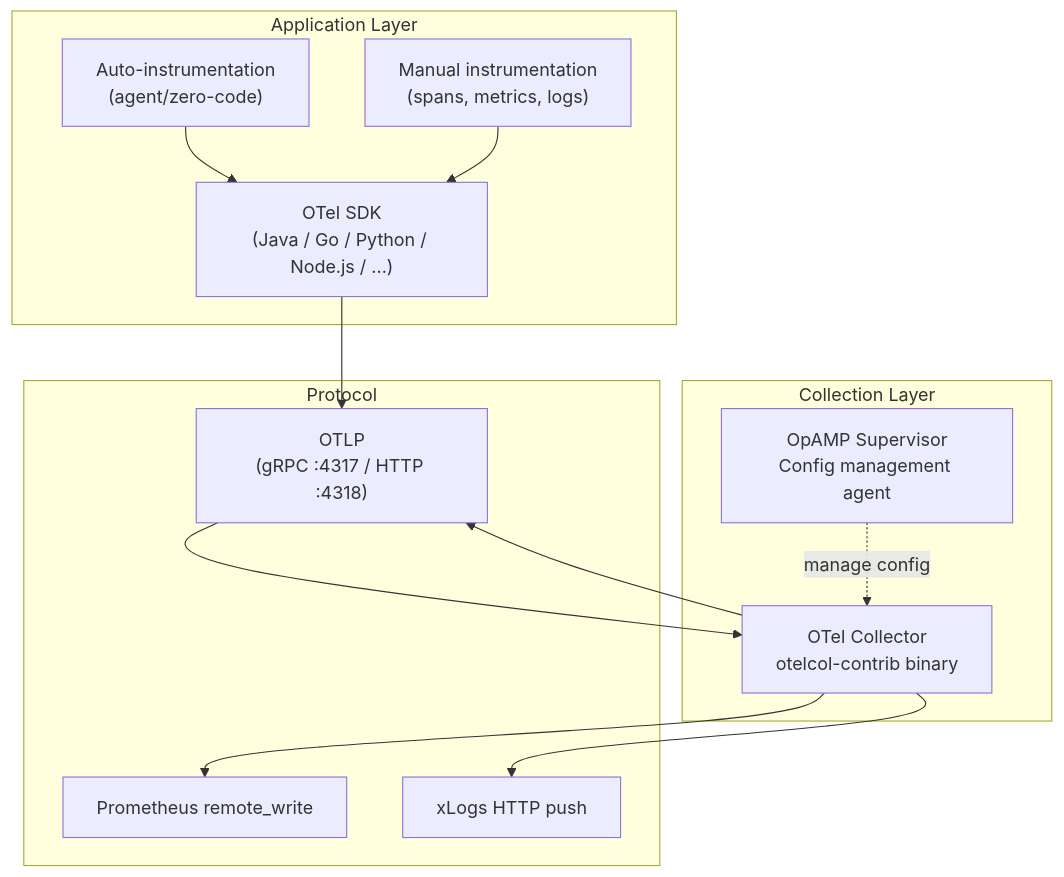
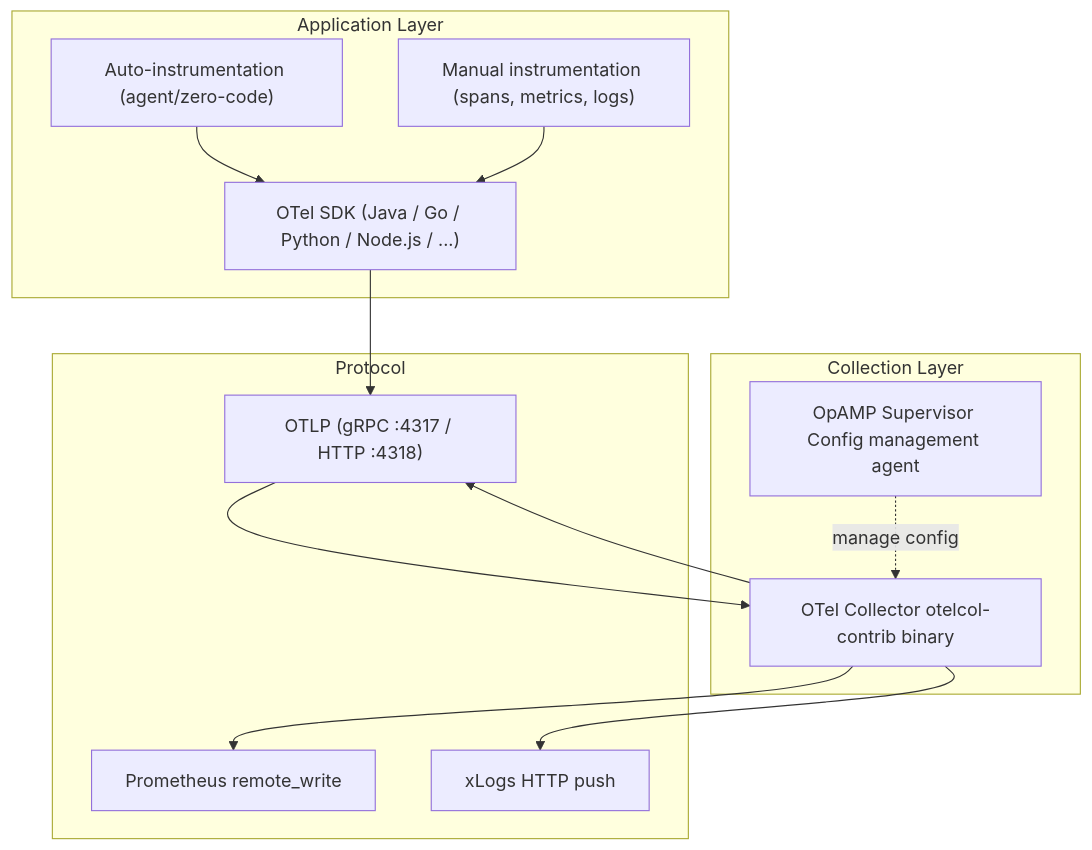
The second of 2 diagrams in docs/session-2/otel-overview.md (xscaler/training), drawn with Mermaid before and after one commit. The commit also changed other lines of this file and 38 other files, not shown here.

First line of the commit message:
Remove internal content, fix Mermaid diagrams, and rewrite labs as customer-facing exercises

````diff
--- a/docs/session-2/otel-overview.md
+++ b/docs/session-2/otel-overview.md
@@ -55,23 +55,23 @@
 ```mermaid
 graph TB
     subgraph "Application Layer"
-        SDK["OTel SDK\n(Java / Go / Python / Node.js / ...)"]
-        AUTO["Auto-instrumentation\n(agent/zero-code)"]
-        MANUAL["Manual instrumentation\n(spans, metrics, logs)"]
+        SDK["OTel SDK (Java / Go / Python / Node.js / ...)"]
+        AUTO["Auto-instrumentation (agent/zero-code)"]
+        MANUAL["Manual instrumentation (spans, metrics, logs)"]
     end
     subgraph "Collection Layer"
-        COL["OTel Collector\notelcol-contrib binary"]
-        SUP["OpAMP Supervisor\nConfig management agent"]
+        COL["OTel Collector otelcol-contrib binary"]
+        SUP["OpAMP Supervisor Config management agent"]
     end
     subgraph "Protocol"
-        OTLP["OTLP\n(gRPC :4317 / HTTP :4318)"]
+        OTLP["OTLP (gRPC :4317 / HTTP :4318)"]
         PRW["Prometheus remote_write"]
         LOKI["xLogs HTTP push"]
     end
 
     SDK --> OTLP
     AUTO & MANUAL --> SDK
     OTLP --> COL
     SUP -.->|manage config| COL
     COL --> PRW & LOKI & OTLP
 ```
````
